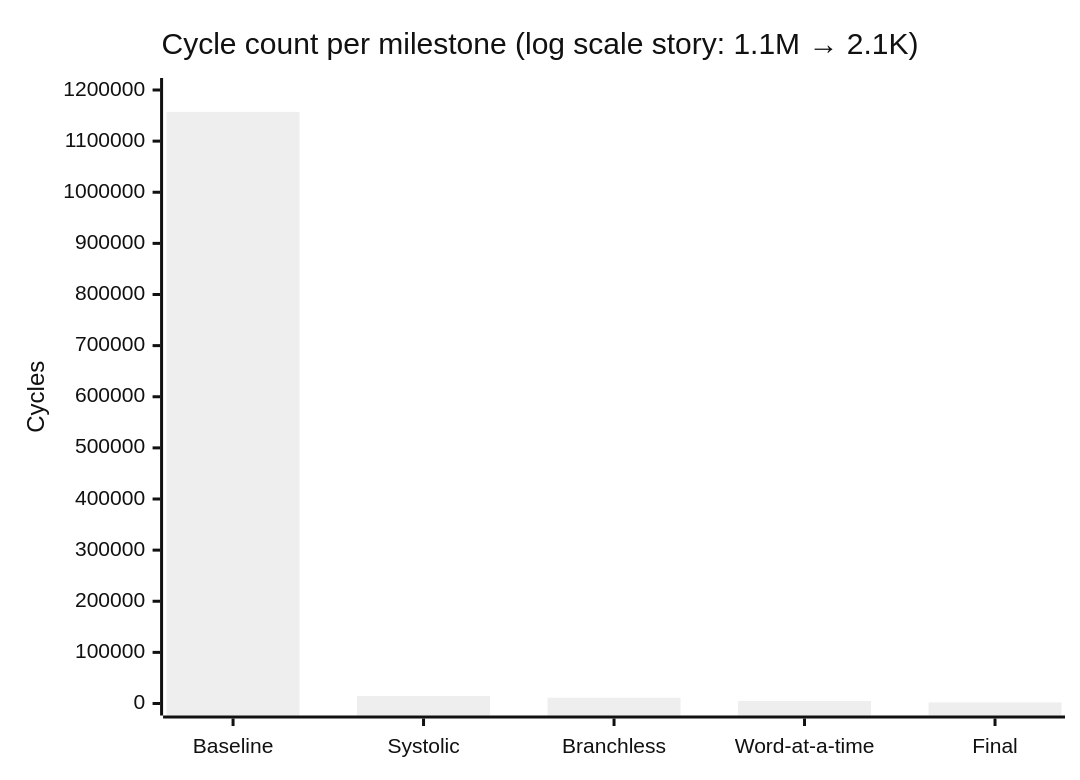
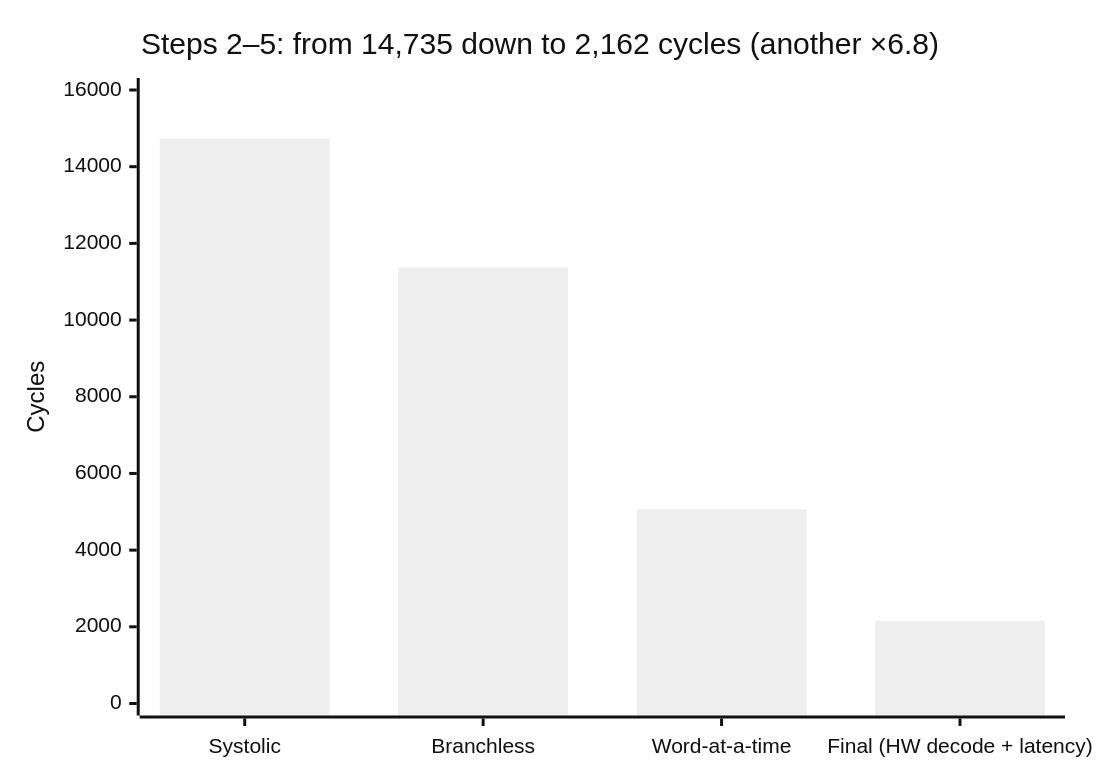
One commit to MaozEpstein/Hardware-Accelerated-DNA-Sequence-Matching-on-RISC-V changed the second of 2 diagrams in README.md. Above: the diagram before and after it, drawn with Mermaid (neutral theme). The commit also changed other lines of this file, not shown here.

First line of the commit message:
README: split speedup chart into big-picture + zoom-in for clarity

````diff
--- a/README.md
+++ b/README.md
@@ -60,7 +72,7 @@
 ```mermaid
 xychart-beta
-    title "Cycle count per milestone (log scale story: 1.1M → 2.1K)"
-    x-axis ["Baseline", "Systolic", "Branchless", "Word-at-a-time", "Final"]
-    y-axis "Cycles" 0 --> 1200000
-    bar [1157276, 14735, 11369, 5069, 2162]
+    title "Steps 2–5: from 14,735 down to 2,162 cycles (another ×6.8)"
+    x-axis ["Systolic", "Branchless", "Word-at-a-time", "Final (HW decode + latency)"]
+    y-axis "Cycles" 0 --> 16000
+    bar [14735, 11369, 5069, 2162]
 ```
````
